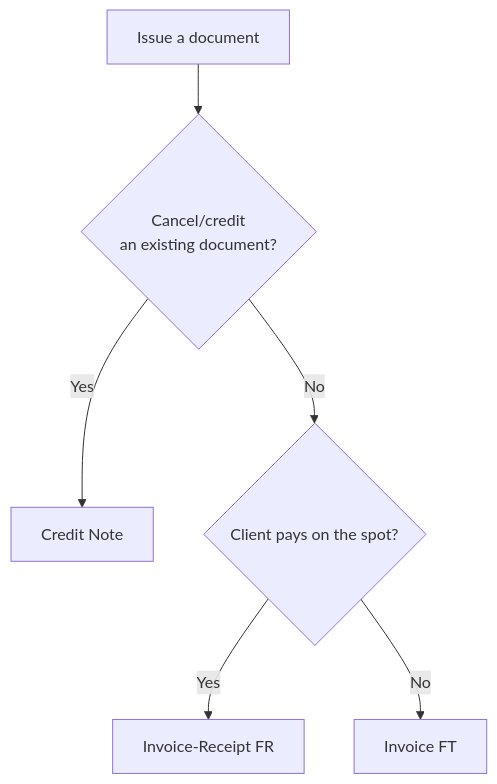
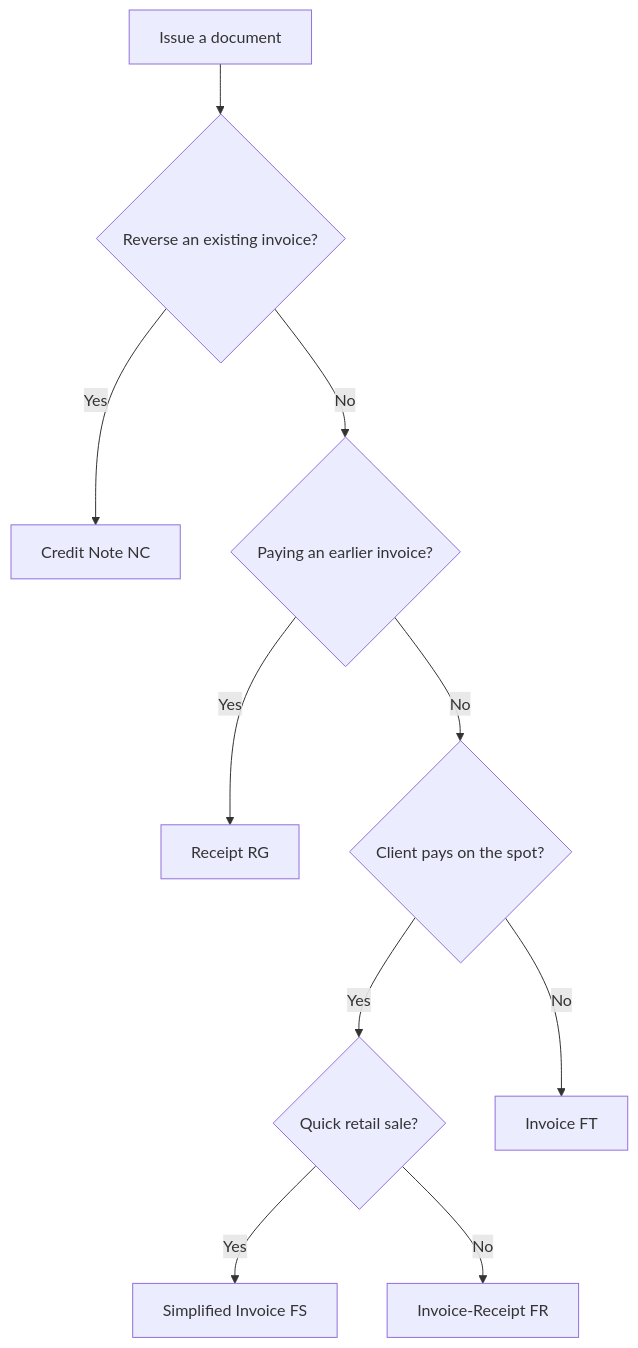
The diagram in docs/documents/index.md (bilouro/vendus-python), drawn with Mermaid before and after one commit. The commit also changed other lines of this file and 19 other files, not shown here.

First line of the commit message:
feat: add create_simplified_invoice (FS) and create_receipt (RG)

````diff
--- a/docs/documents/index.md
+++ b/docs/documents/index.md
@@ -13,8 +15,12 @@
 ```mermaid
 flowchart TD
-    A[Issue a document] --> B{Cancel/credit<br/>an existing document?}
-    B -->|Yes| NC[Credit Note]
-    B -->|No| C{Client pays on the spot?}
-    C -->|Yes| FR[Invoice-Receipt FR]
+    A[Issue a document] --> B{Reverse an existing invoice?}
+    B -->|Yes| NC[Credit Note NC]
+    B -->|No| P{Paying an earlier invoice?}
+    P -->|Yes| RG[Receipt RG]
+    P -->|No| C{Client pays on the spot?}
+    C -->|Yes| D{Quick retail sale?}
+    D -->|Yes| FS[Simplified Invoice FS]
+    D -->|No| FR[Invoice-Receipt FR]
     C -->|No| FT[Invoice FT]
 ```
````
